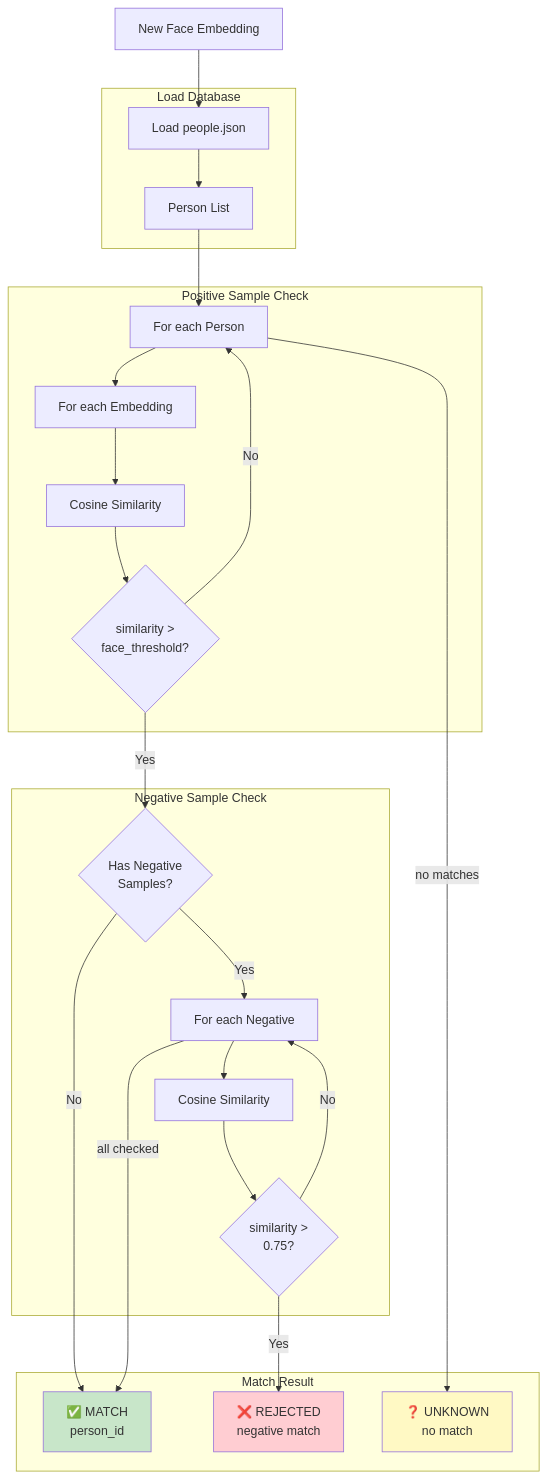
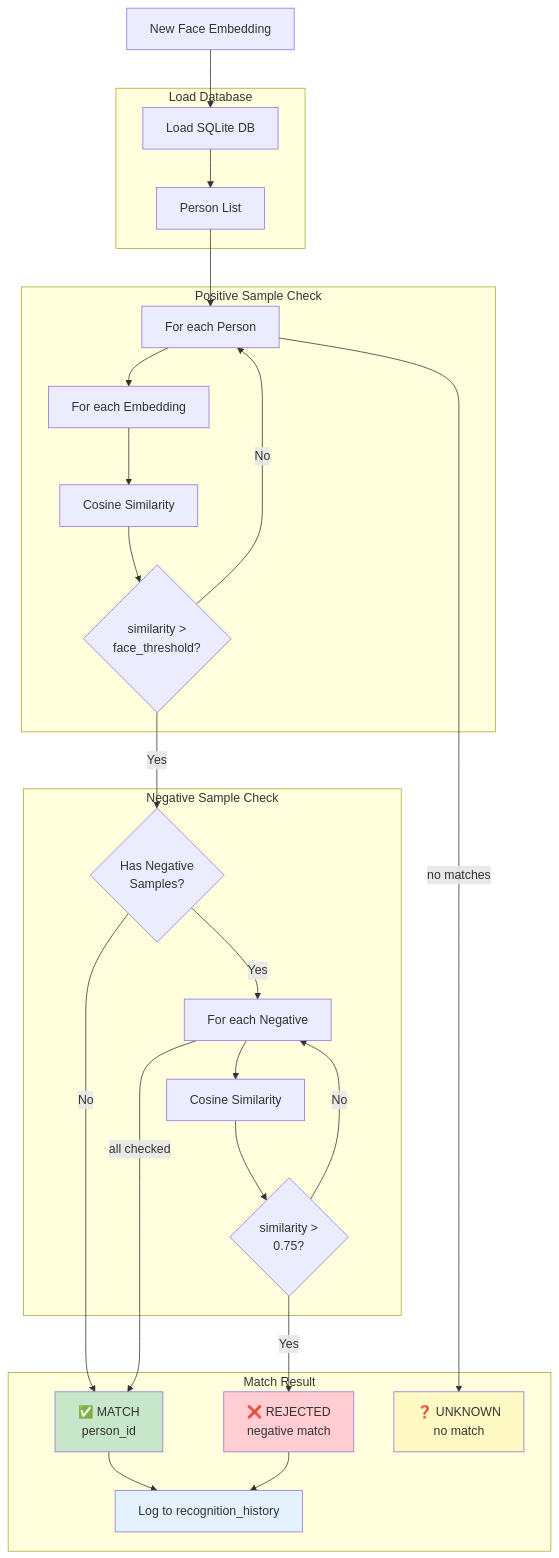
One commit to brainAThome/Opening_RTSP-Recorder changed the seventh of 8 diagrams in README.md. Above: the diagram before and after it, drawn with Mermaid. The commit also changed other lines of this file and 28 other files, not shown here.

````diff
--- a/README.md
+++ b/README.md
@@ -339,54 +470,59 @@
 ```mermaid
 flowchart TB
     START["New Face Embedding"]
     
     subgraph LoadDB["Load Database"]
-        LOAD["Load people.json"]
+        LOAD["Load SQLite DB"]
         PEOPLE["Person List"]
     end
     
     subgraph PositiveMatch["Positive Sample Check"]
         FOR_P["For each Person"]
         FOR_E["For each Embedding"]
         COS_P["Cosine Similarity"]
         THRESH_P{"similarity ><br/>face_threshold?"}
     end
     
     subgraph NegativeCheck["Negative Sample Check"]
         HAS_NEG{"Has Negative<br/>Samples?"}
         FOR_N["For each Negative"]
         COS_N["Cosine Similarity"]
         THRESH_N{"similarity ><br/>0.75?"}
     end
     
     subgraph Result["Match Result"]
         MATCH["✅ MATCH<br/>person_id"]
         REJECT["❌ REJECTED<br/>negative match"]
         UNKNOWN["❓ UNKNOWN<br/>no match"]
+        LOG["Log to recognition_history"]
     end
     
     START --> LOAD
     LOAD --> PEOPLE
     PEOPLE --> FOR_P
     FOR_P --> FOR_E
     FOR_E --> COS_P
     COS_P --> THRESH_P
     
     THRESH_P -->|Yes| HAS_NEG
     THRESH_P -->|No| FOR_P
     
     HAS_NEG -->|No| MATCH
     HAS_NEG -->|Yes| FOR_N
     FOR_N --> COS_N
     COS_N --> THRESH_N
     
     THRESH_N -->|Yes| REJECT
     THRESH_N -->|No| FOR_N
     FOR_N -->|all checked| MATCH
     
     FOR_P -->|no matches| UNKNOWN
     
+    MATCH --> LOG
+    REJECT --> LOG
+    
     style MATCH fill:#c8e6c9
     style REJECT fill:#ffcdd2
     style UNKNOWN fill:#fff9c4
+    style LOG fill:#e3f2fd
 ```
````
